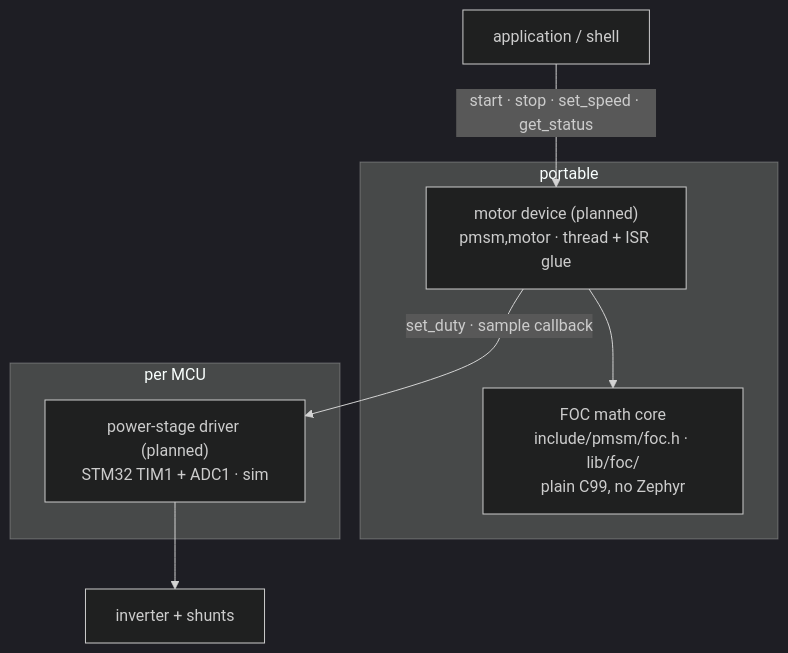
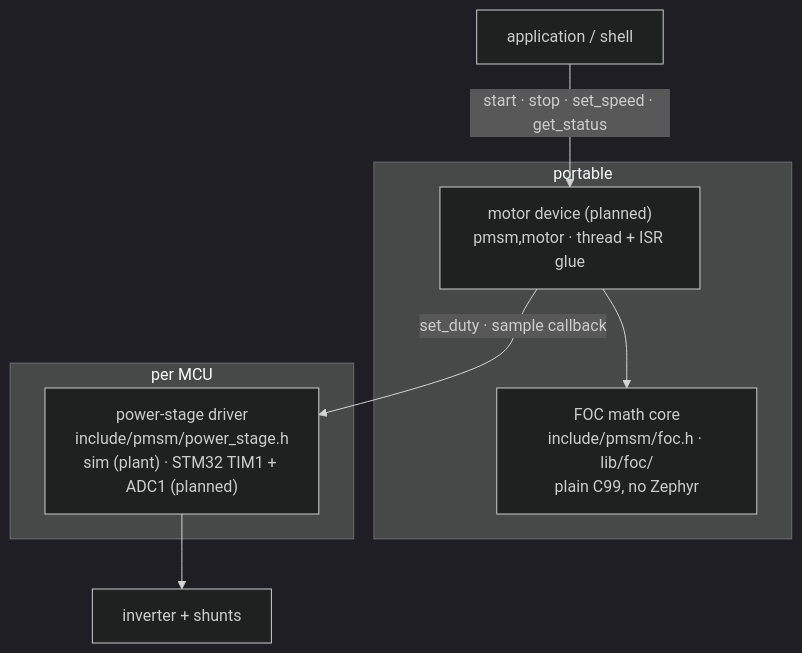
Before and after one commit to tsrapnik/spin: the second of 2 diagrams in README.md, drawn with Mermaid (dark theme). The commit also changed other lines of this file and 30 other files, not shown here.

````diff
--- a/README.md
+++ b/README.md
@@ -191,12 +191,12 @@
 ```mermaid
 flowchart TB
   APP["application / shell"] -->|"start · stop · set_speed · get_status"| MOT
   subgraph PO["portable"]
     MOT["motor device (planned)<br/>pmsm,motor · thread + ISR glue"] --> CORE["FOC math core<br/>include/pmsm/foc.h · lib/foc/<br/>plain C99, no Zephyr"]
   end
   MOT -->|"set_duty · sample callback"| PSD
   subgraph PM["per MCU"]
-    PSD["power-stage driver (planned)<br/>STM32 TIM1 + ADC1 · sim"]
+    PSD["power-stage driver<br/>include/pmsm/power_stage.h<br/>sim (plant) · STM32 TIM1 + ADC1 (planned)"]
   end
   PSD --> HW["inverter + shunts"]
 ```
````
